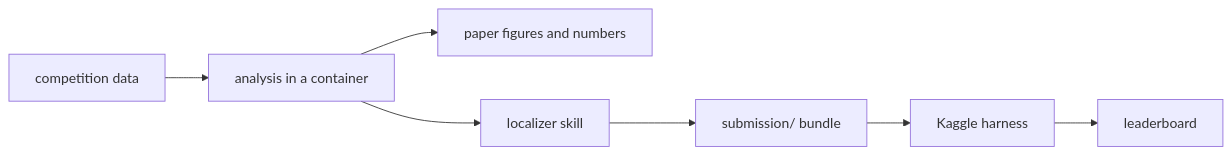
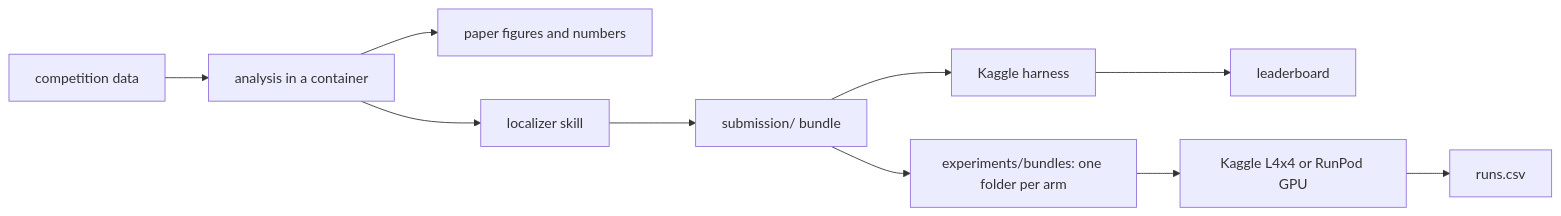
Before and after one commit to leejianrong/gemma-4-dev-agent: the diagram in README.md, drawn with Mermaid. The commit also changed other lines of this file and 5 other files, not shown here.

````diff
--- a/README.md
+++ b/README.md
@@ -11,6 +11,7 @@
 ```mermaid
 flowchart LR
   D[competition data] --> A[analysis in a container] --> P[paper figures and numbers]
   A --> S[localizer skill]
   S --> B[submission/ bundle] --> K[Kaggle harness] --> L[leaderboard]
+  B --> G[experiments/bundles: one folder per arm] --> R[Kaggle L4x4 or RunPod GPU] --> T[runs.csv]
 ```
````
